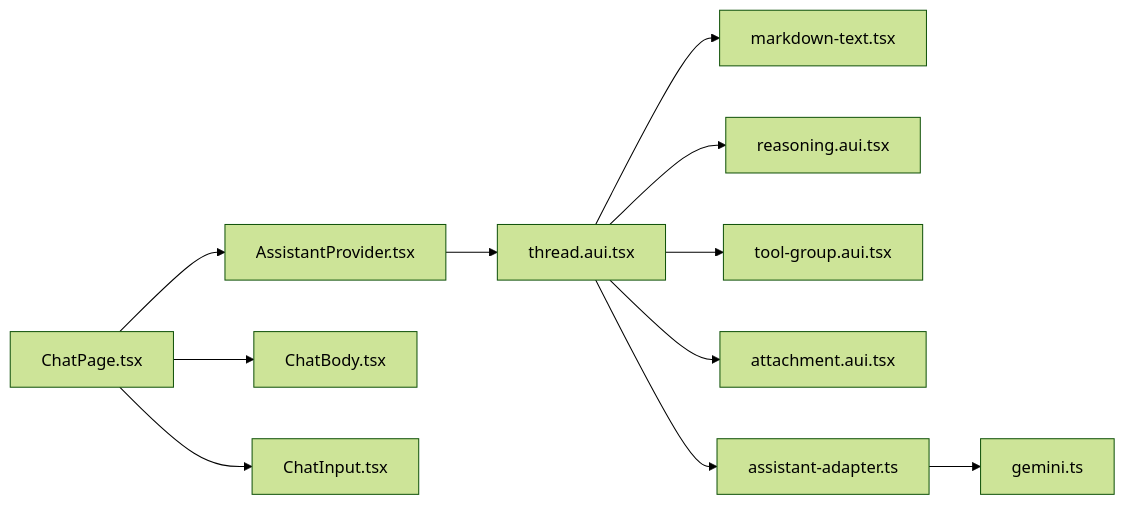
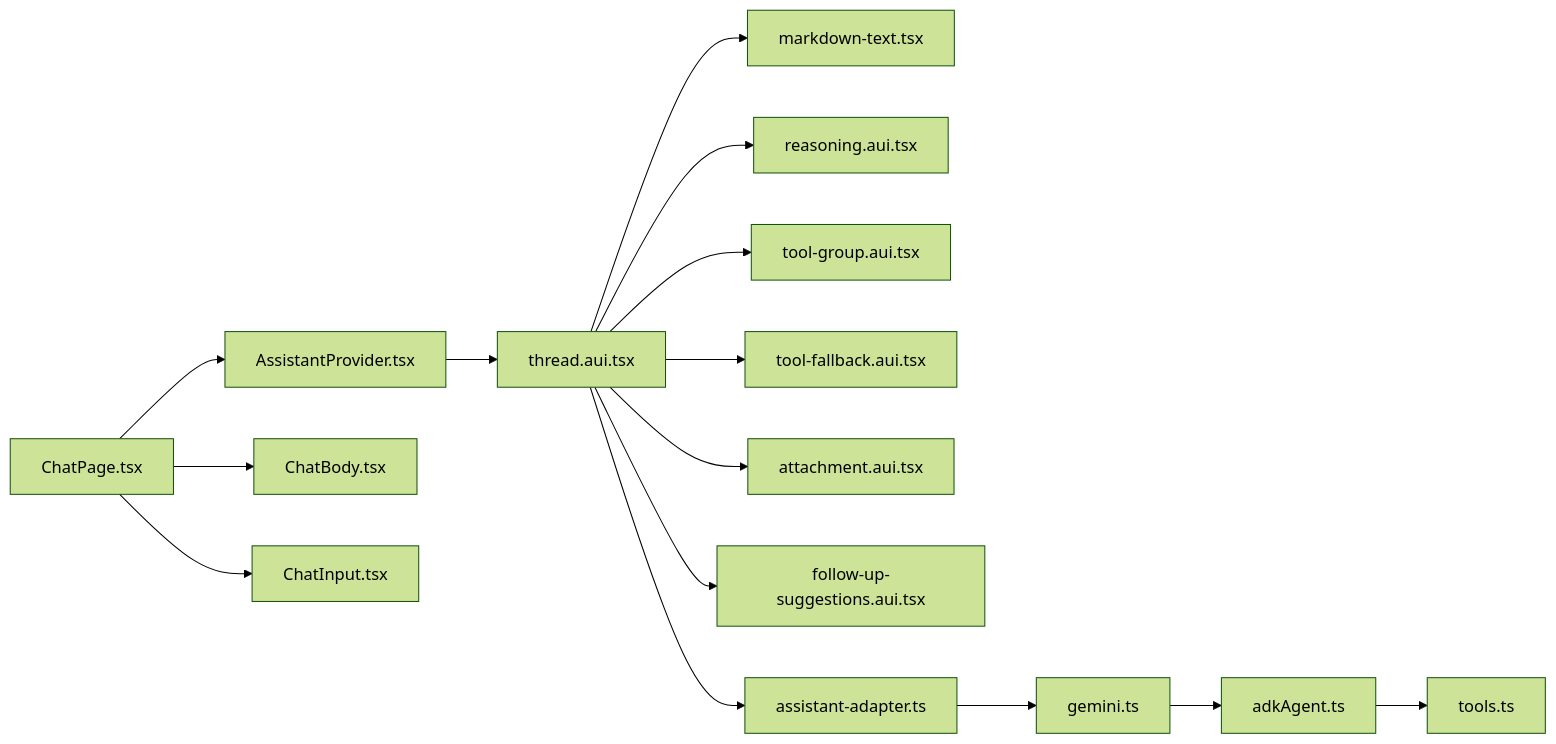
One commit to MudassarAbrar/FreshRoute-Ai changed diagram 15 of 15 in .qoder/repowiki/en/content/AI Integration/Assistant UI Components.md. Above: the diagram before and after it, drawn with Mermaid (forest theme). The commit also changed other lines of this file and 105 other files, not shown here.

````diff
--- a/.qoder/repowiki/en/content/AI Integration/Assistant UI Components.md
+++ b/.qoder/repowiki/en/content/AI Integration/Assistant UI Components.md
@@ -446,13 +518,17 @@
 ```mermaid
 graph LR
 Provider["AssistantProvider.tsx"] --> Thread["thread.aui.tsx"]
 Thread --> Markdown["markdown-text.tsx"]
 Thread --> Reasoning["reasoning.aui.tsx"]
 Thread --> ToolGroup["tool-group.aui.tsx"]
+Thread --> ToolFallback["tool-fallback.aui.tsx"]
 Thread --> Attachment["attachment.aui.tsx"]
+Thread --> Suggestions["follow-up-suggestions.aui.tsx"]
 Thread --> Adapter["assistant-adapter.ts"]
 Adapter --> Gemini["gemini.ts"]
+Gemini --> ADK["adkAgent.ts"]
+ADK --> Tools["tools.ts"]
 ChatPage["ChatPage.tsx"] --> Provider
 ChatPage --> ChatBody["ChatBody.tsx"]
 ChatPage --> ChatInput["ChatInput.tsx"]
 ```
````
